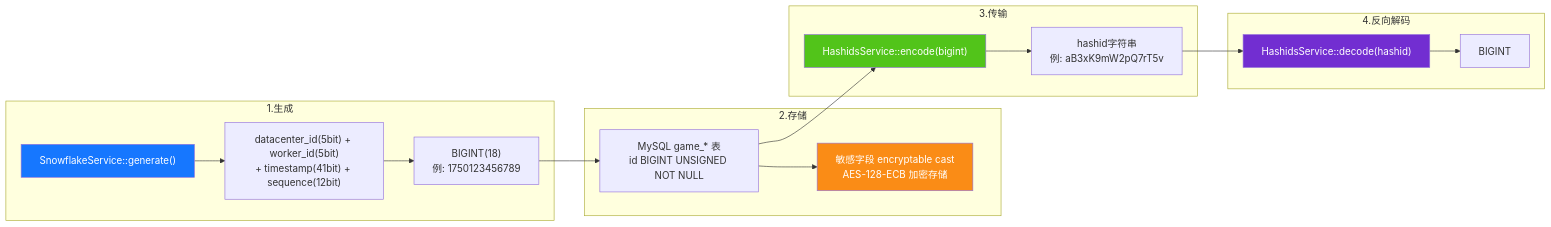
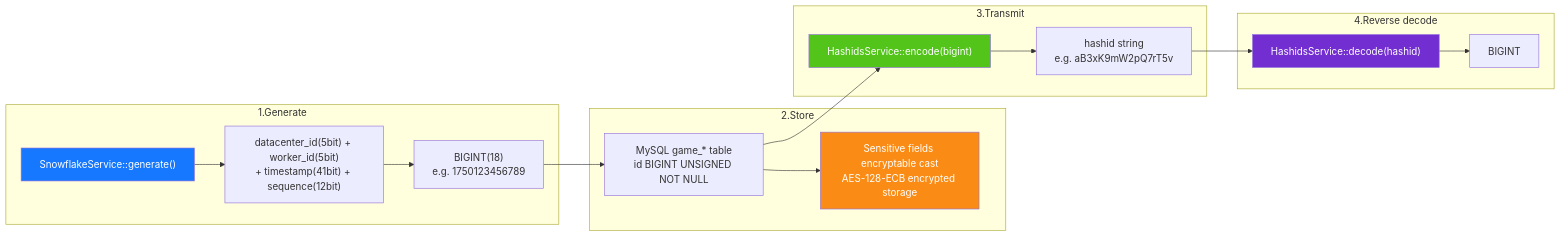
One commit to erikwang2013/game-platform-php changed the diagram in admin/docs/diagrams/06-id-lifecycle.en.md. Above: the diagram before and after it, drawn with Mermaid. The commit also changed 211 other files, not shown here.

First line of the commit message:
fix: 支付配置读回类型根治、提现事件对账巡检，12 语族 mermaid 与 API 标签本地化

````diff
--- a/admin/docs/diagrams/06-id-lifecycle.en.md
+++ b/admin/docs/diagrams/06-id-lifecycle.en.md
@@ -7,32 +7,32 @@
 ```mermaid
 flowchart LR
-    subgraph gen["1.生成"]
+    subgraph gen["1.Generate"]
         g1["SnowflakeService::generate()"]
         g2["datacenter_id(5bit) + worker_id(5bit)<br/>+ timestamp(41bit) + sequence(12bit)"]
-        g3["BIGINT(18)<br/>例: 1750123456789"]
+        g3["BIGINT(18)<br/>e.g. 1750123456789"]
         g1 --> g2 --> g3
     end
 
-    subgraph store["2.存储"]
-        s1["MySQL game_* 表<br/>id BIGINT UNSIGNED NOT NULL"]
-        s2["敏感字段 encryptable cast<br/>AES-128-ECB 加密存储"]
+    subgraph store["2.Store"]
+        s1["MySQL game_* table<br/>id BIGINT UNSIGNED NOT NULL"]
+        s2["Sensitive fields encryptable cast<br/>AES-128-ECB encrypted storage"]
         g3 --> s1 --> s2
     end
 
-    subgraph transfer["3.传输"]
+    subgraph transfer["3.Transmit"]
         t1["HashidsService::encode(bigint)"]
-        t2["hashid字符串<br/>例: aB3xK9mW2pQ7rT5v"]
+        t2["hashid string<br/>e.g. aB3xK9mW2pQ7rT5v"]
         s1 --> t1 --> t2
     end
 
-    subgraph reverse["4.反向解码"]
+    subgraph reverse["4.Reverse decode"]
         r1["HashidsService::decode(hashid)"]
         r2["BIGINT"]
         t2 --> r1 --> r2
     end
 
     style g1 fill:#1677FF,color:#fff
     style s2 fill:#FA8C16,color:#fff
     style t1 fill:#52C41A,color:#fff
     style r1 fill:#722ED1,color:#fff
 ```
````
